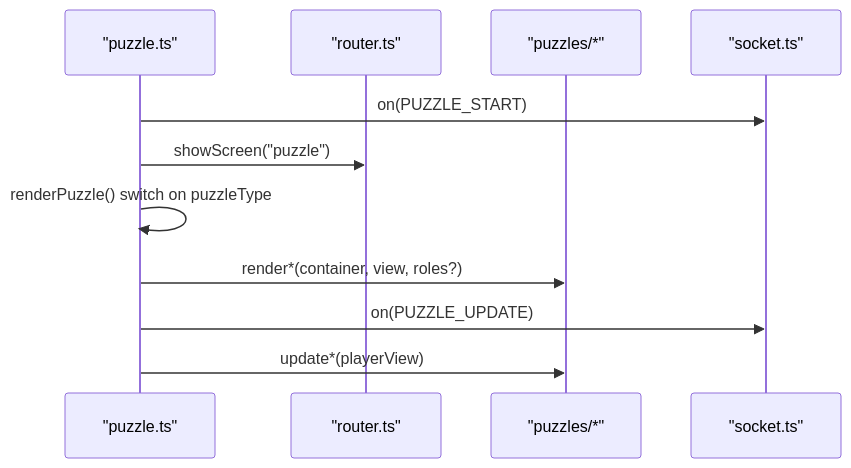
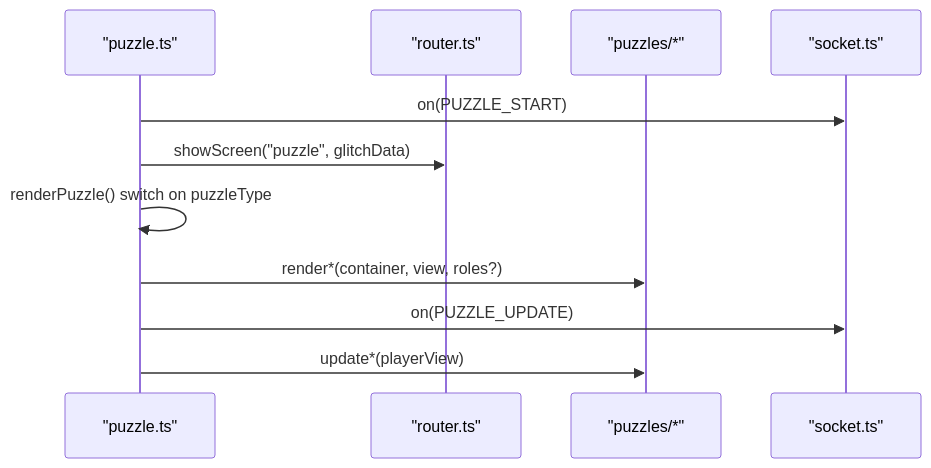
The sixth of 8 diagrams in .qoder/repowiki/en/content/Client Application/Screen Management.md (dkoukoul/escape-room-mvp), drawn with Mermaid before and after one commit. The commit also changed other lines of this file and 21 other files, not shown here.

````diff
--- a/.qoder/repowiki/en/content/Client Application/Screen Management.md
+++ b/.qoder/repowiki/en/content/Client Application/Screen Management.md
@@ -288,13 +328,13 @@
 ```mermaid
 sequenceDiagram
 participant Puz as "puzzle.ts"
 participant Router as "router.ts"
 participant Puzzles as "puzzles/*"
 participant Sock as "socket.ts"
 Puz->>Sock : on(PUZZLE_START)
-Puz->>Router : showScreen("puzzle")
+Puz->>Router : showScreen("puzzle", glitchData)
 Puz->>Puz : renderPuzzle() switch on puzzleType
 Puz->>Puzzles : render*(container, view, roles?)
 Puz->>Sock : on(PUZZLE_UPDATE)
 Puz->>Puzzles : update*(playerView)
 ```
````
